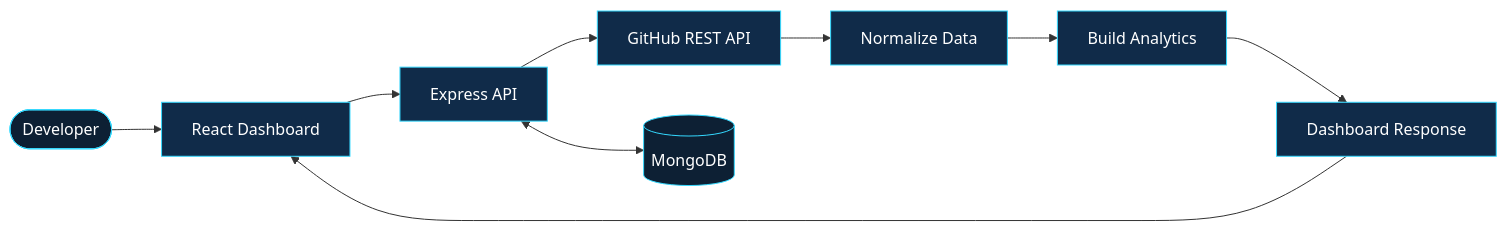
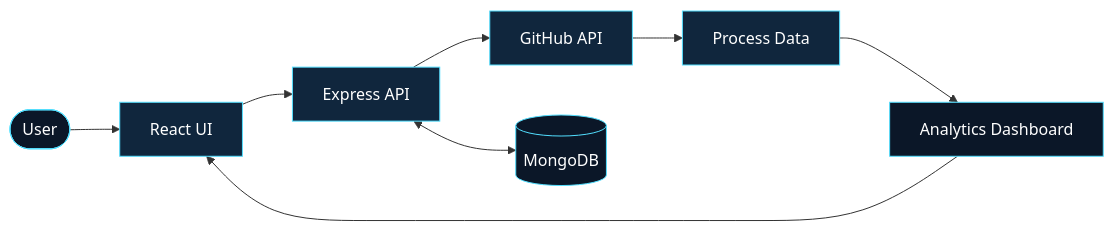
The first of 2 diagrams in README.md (Priyanka170974/Priyanka170974), drawn with Mermaid before and after one commit. The commit also changed other lines of this file, not shown here.

````diff
--- a/README.md
+++ b/README.md
@@ -72,16 +48,18 @@
 ```mermaid
 flowchart LR
-    A(["Developer"]) --> B["React Dashboard"]
-    B --> C["Express API"]
-    C --> D["GitHub REST API"]
-    C <--> E[("MongoDB")]
-    D --> F["Normalize Data"]
-    F --> G["Build Analytics"]
-    G --> H["Dashboard Response"]
-    H --> B
+    A([User]) --> B[React UI]
+    B --> C[Express API]
+    C --> D[GitHub API]
+    C <--> E[(MongoDB)]
+    D --> F[Process Data]
+    F --> G[Analytics Dashboard]
+    G --> B
 
-    classDef node fill:#0D2034,stroke:#35D9FF,color:#FFFFFF
-    classDef core fill:#102B49,stroke:#35D9FF,color:#FFFFFF
-    class A,E node
-    class B,C,D,F,G,H core
+    style A fill:#0B1728,stroke:#53DFFF,color:#FFFFFF
+    style B fill:#10263D,stroke:#53DFFF,color:#FFFFFF
+    style C fill:#10263D,stroke:#53DFFF,color:#FFFFFF
+    style D fill:#10263D,stroke:#53DFFF,color:#FFFFFF
+    style E fill:#0B1728,stroke:#53DFFF,color:#FFFFFF
+    style F fill:#10263D,stroke:#53DFFF,color:#FFFFFF
+    style G fill:#0B1728,stroke:#53DFFF,color:#FFFFFF
 ```
````
